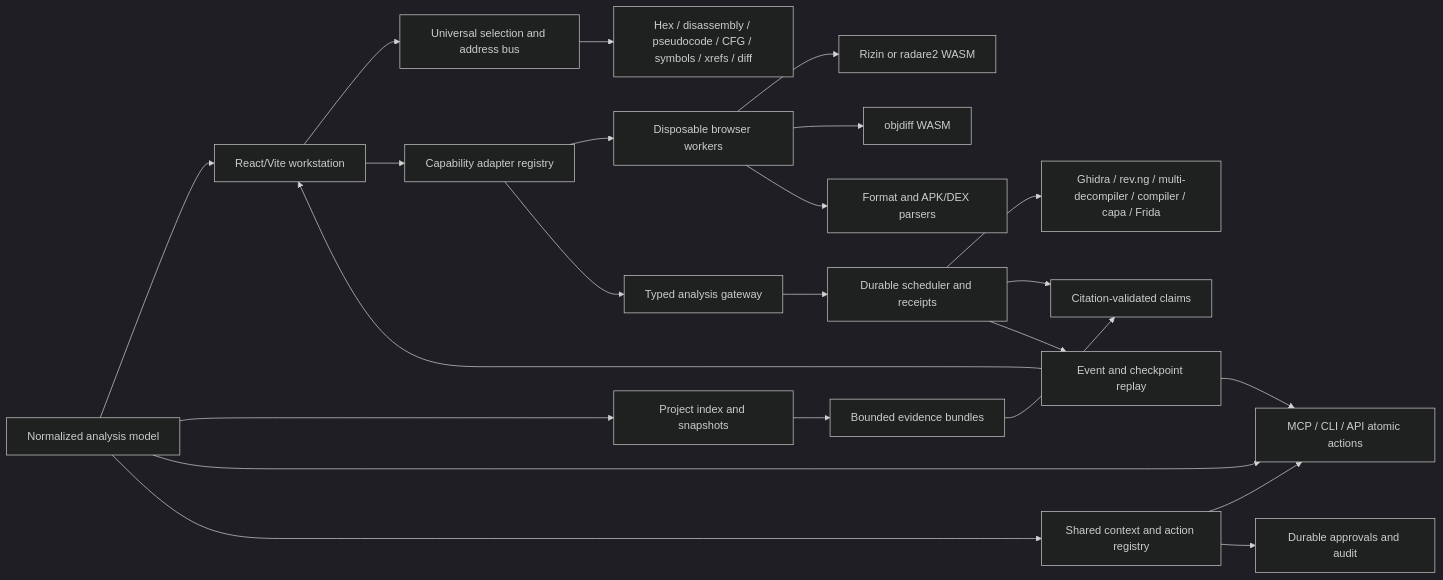
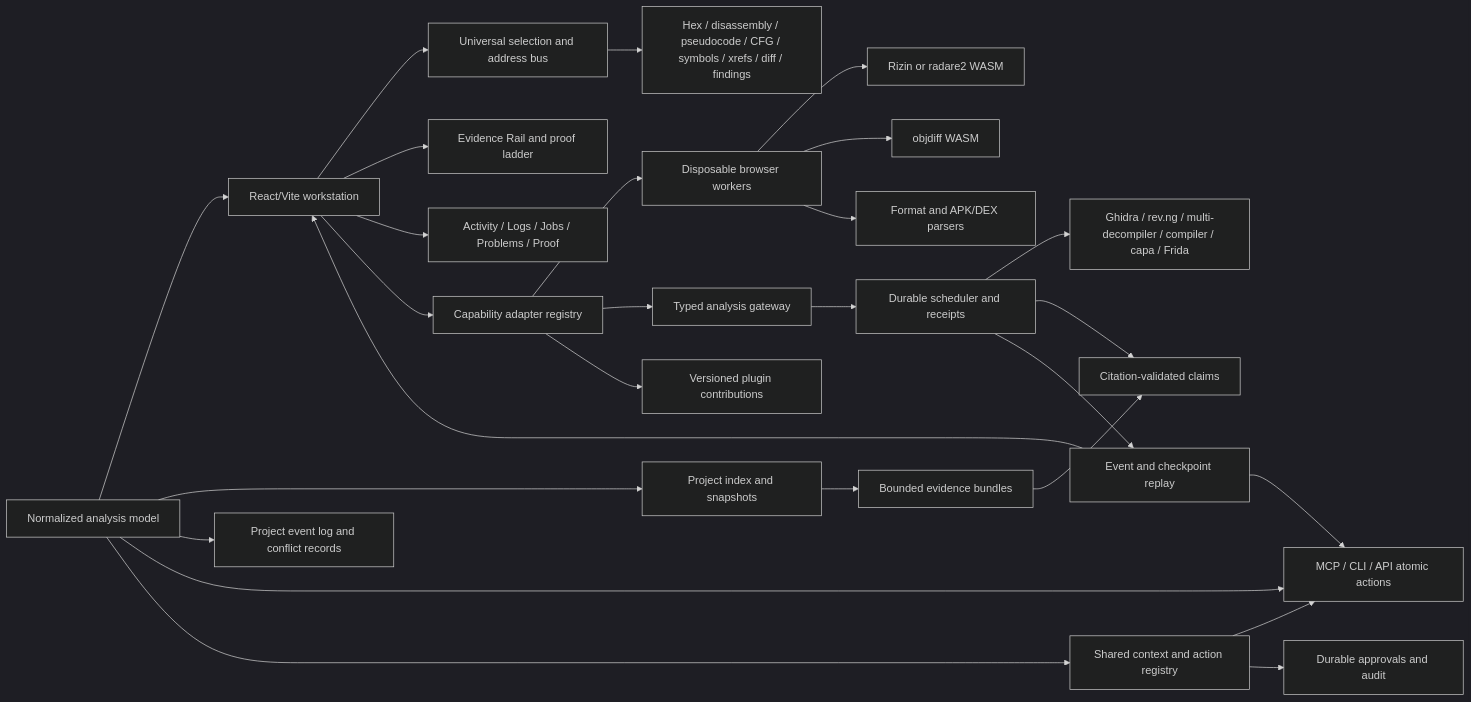
One commit to bodencrouch/AgentDecompile changed the first of 5 diagrams in docs/plans/2026-09-09-0630-feat-local-first-re-workbench-plan.md. Above: the diagram before and after it, drawn with Mermaid (dark theme). The commit also changed other lines of this file and 13 other files, not shown here.

````diff
--- a/docs/plans/2026-09-09-0630-feat-local-first-re-workbench-plan.md
+++ b/docs/plans/2026-09-09-0630-feat-local-first-re-workbench-plan.md
@@ -150,25 +194,29 @@
 ```mermaid
 flowchart LR
   Model[Normalized analysis model] --> Shell[React/Vite workstation]
   Model --> Index[Project index and snapshots]
   Shell --> Bus[Universal selection and address bus]
-  Bus --> Views[Hex / disassembly / pseudocode / CFG / symbols / xrefs / diff]
+  Bus --> Views[Hex / disassembly / pseudocode / CFG / symbols / xrefs / diff / findings]
+  Shell --> EvidenceRail[Evidence Rail and proof ladder]
+  Shell --> Dock[Activity / Logs / Jobs / Problems / Proof]
   Shell --> Registry[Capability adapter registry]
   Registry --> Workers[Disposable browser workers]
   Workers --> Rizin[Rizin or radare2 WASM]
   Workers --> Objdiff[objdiff WASM]
   Workers --> Parsers[Format and APK/DEX parsers]
   Registry --> Gateway[Typed analysis gateway]
   Gateway --> Jobs[Durable scheduler and receipts]
   Jobs --> Heavy[Ghidra / rev.ng / multi-decompiler / compiler / capa / Frida]
+  Registry --> Plugins[Versioned plugin contributions]
+  Model --> Collaboration[Project event log and conflict records]
    Model --> Parity[MCP / CLI / API atomic actions]
    Model --> Context[Shared context and action registry]
    Context --> Parity
    Context --> Approval[Durable approvals and audit]
    Index --> AI[Bounded evidence bundles]
    AI --> Claims[Citation-validated claims]
    Jobs --> Claims
    Jobs --> Replay[Event and checkpoint replay]
    Replay --> Shell
    Replay --> Parity
 ```
````
